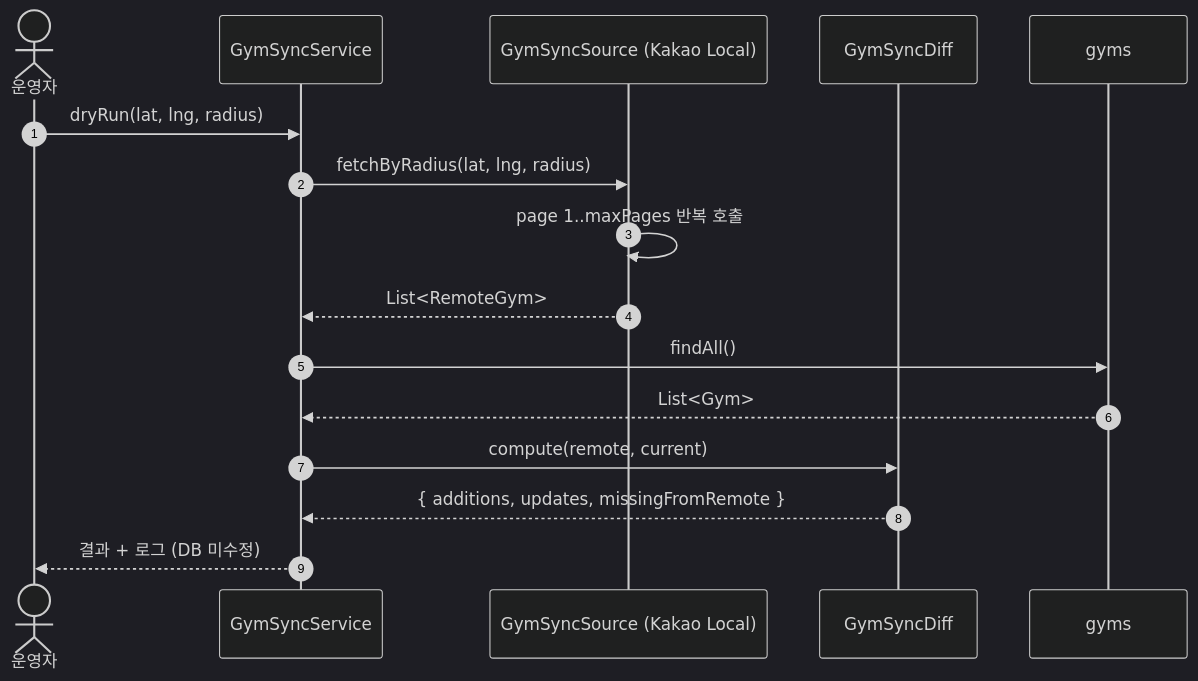
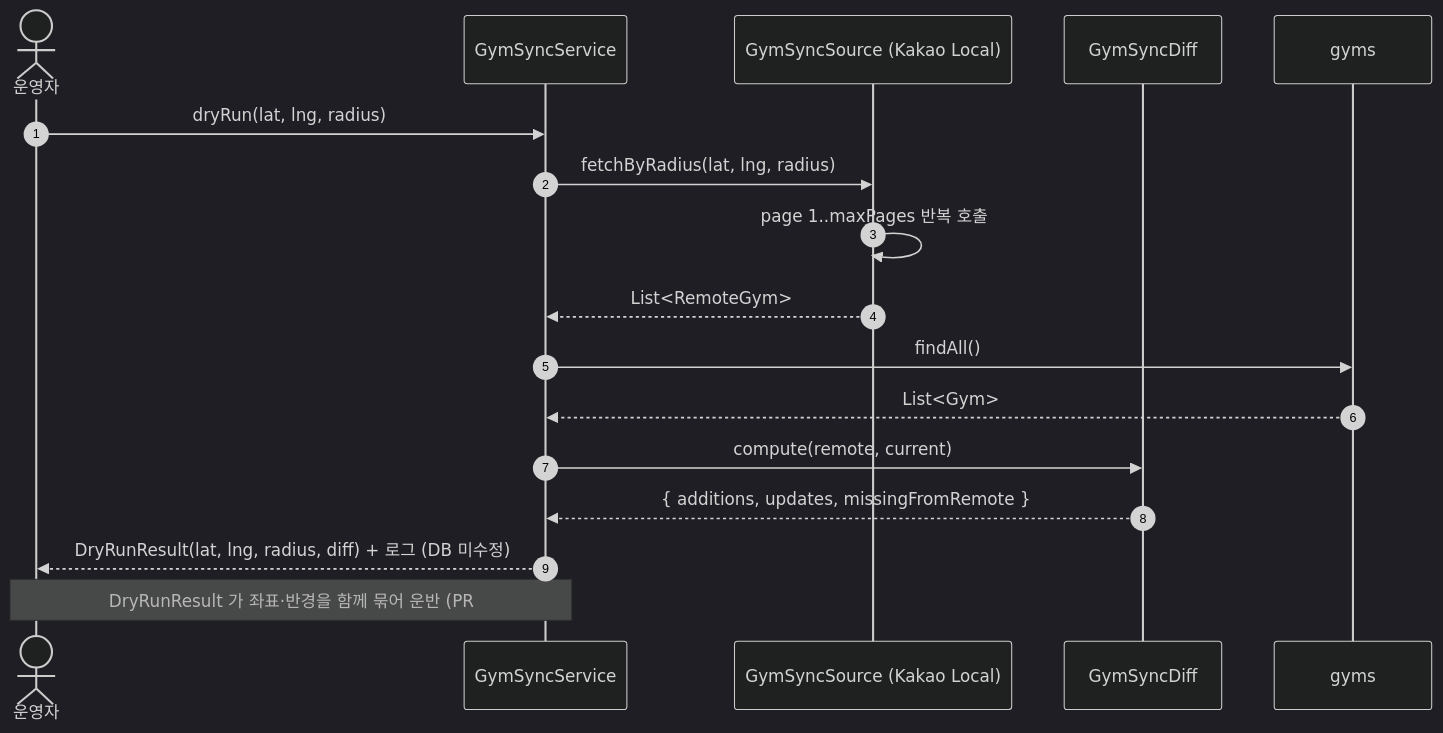
The first of 2 diagrams in docs/설계/sequence/gym-crawl-batch.md (theo-ooooo/crimp), drawn with Mermaid (dark theme) before and after one commit. The commit also changed other lines of this file and 4 other files, not shown here.

````diff
--- a/docs/설계/sequence/gym-crawl-batch.md
+++ b/docs/설계/sequence/gym-crawl-batch.md
@@ -44,19 +44,20 @@
 ```mermaid
 sequenceDiagram
     autonumber
     actor Admin as 운영자
     participant Service as GymSyncService
     participant Source as GymSyncSource (Kakao Local)
     participant Diff as GymSyncDiff
     participant DB as gyms
 
     Admin->>Service: dryRun(lat, lng, radius)
     Service->>Source: fetchByRadius(lat, lng, radius)
     Source->>Source: page 1..maxPages 반복 호출
     Source-->>Service: List<RemoteGym>
     Service->>DB: findAll()
     DB-->>Service: List<Gym>
     Service->>Diff: compute(remote, current)
     Diff-->>Service: { additions, updates, missingFromRemote }
-    Service-->>Admin: 결과 + 로그 (DB 미수정)
+    Service-->>Admin: DryRunResult(lat, lng, radius, diff) + 로그 (DB 미수정)
+    Note over Admin,Service: DryRunResult 가 좌표·반경을 함께 묶어 운반 (PR #87 I2)
 ```
````
